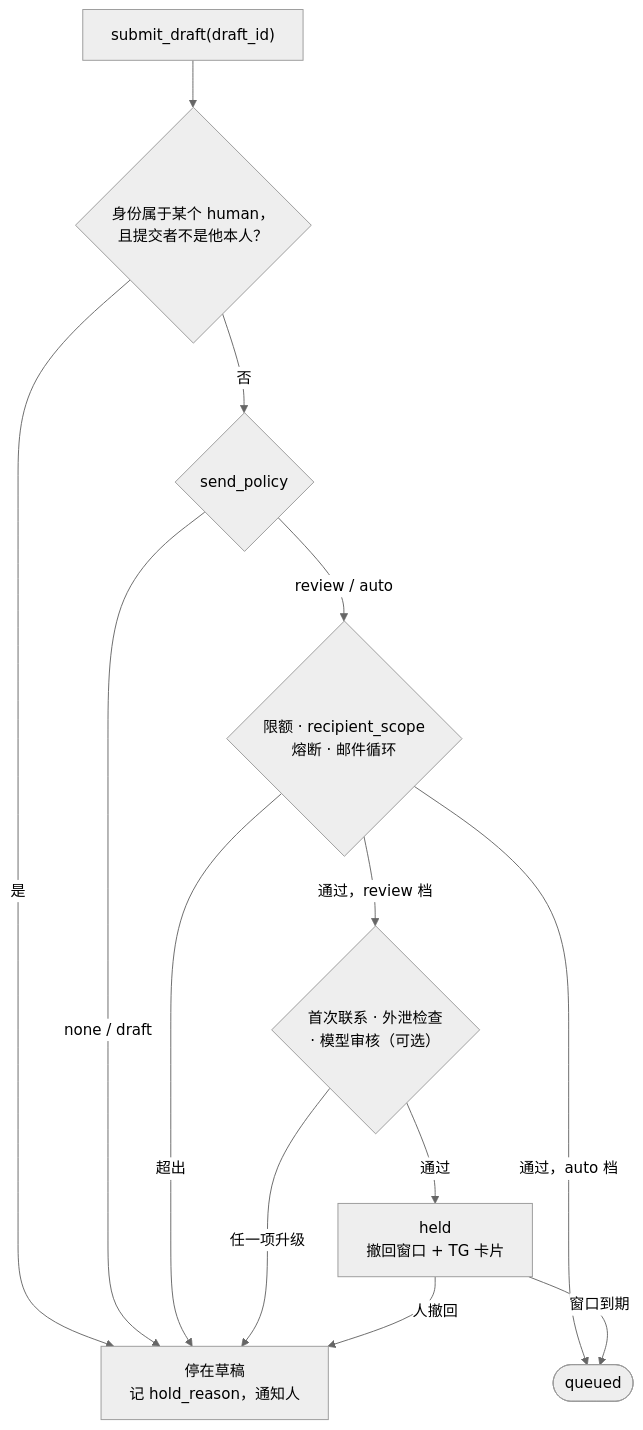
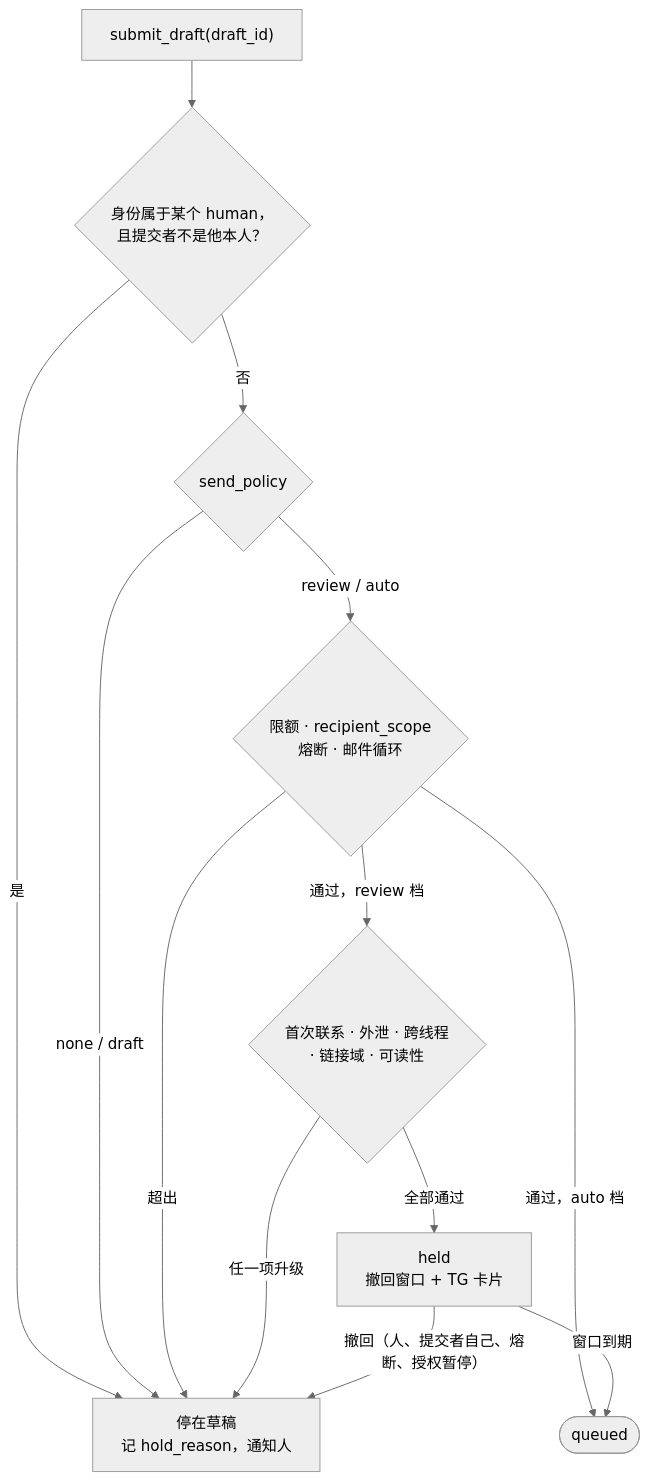
One commit to yuuka-mail/yuuka changed the diagram in docs/design/agents.md. Above: the diagram before and after it, drawn with Mermaid (neutral theme). The commit also changed other lines of this file and 16 other files, not shown here.

````diff
--- a/docs/design/agents.md
+++ b/docs/design/agents.md
@@ -490,15 +517,15 @@
 ```mermaid
 flowchart TD
   submit["submit_draft(draft_id)"] --> owner{"身份属于某个 human，<br/>且提交者不是他本人？"}
   owner -- 是 --> draft["停在草稿<br/>记 hold_reason，通知人"]
   owner -- 否 --> policy{"send_policy"}
   policy -- "none / draft" --> draft
   policy -- "review / auto" --> limits{"限额 · recipient_scope<br/>熔断 · 邮件循环"}
   limits -- 超出 --> draft
   limits -- "通过，auto 档" --> queued(["queued"])
-  limits -- "通过，review 档" --> review{"首次联系 · 外泄检查<br/>· 模型审核（可选）"}
+  limits -- "通过，review 档" --> review{"首次联系 · 外泄 · 跨线程<br/>· 链接域 · 可读性"}
   review -- 任一项升级 --> draft
-  review -- 通过 --> held["held<br/>撤回窗口 + TG 卡片"]
+  review -- 全部通过 --> held["held<br/>撤回窗口 + TG 卡片"]
   held -- 窗口到期 --> queued
-  held -- 人撤回 --> draft
+  held -- "撤回（人、提交者自己、熔断、授权暂停）" --> draft
 ```
````
